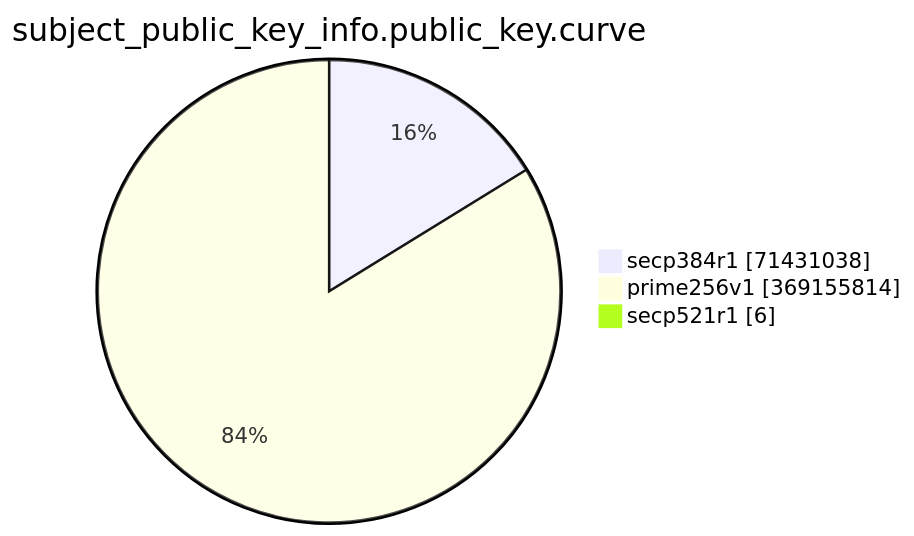
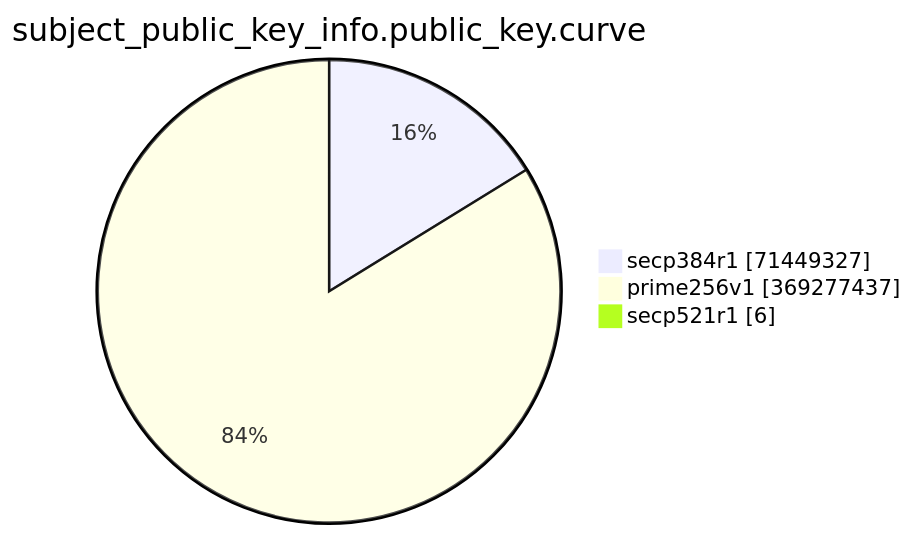
The eighth of 15 diagrams in TOTAL/README.md (christiankrug/ctmonitor_visualization), drawn with Mermaid before and after one commit. The commit also changed other lines of this file, not shown here.

````diff
--- a/TOTAL/README.md
+++ b/TOTAL/README.md
@@ -3092,7 +3092,7 @@
 ```mermaid
 pie showData
 title subject_public_key_info.public_key.curve
-"secp384r1" :71431038
-"prime256v1" :369155814
+"secp384r1" :71449327
+"prime256v1" :369277437
 "secp521r1" :6
 ```
````
